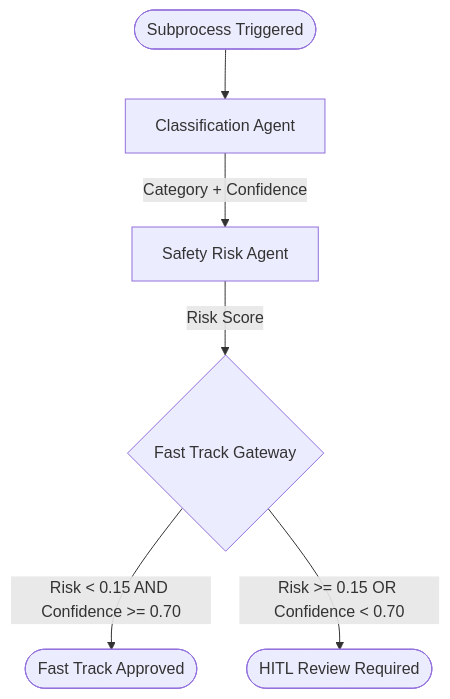
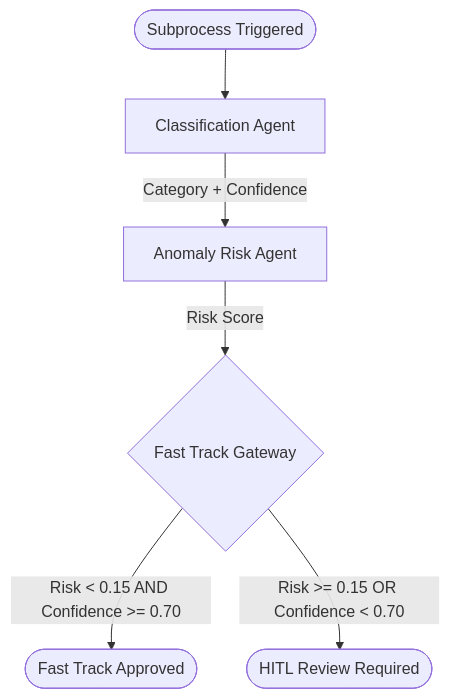
Before and after one commit to ForenlyAI/uipath-maestro-ecm: the diagram in artifacts/container2/README.md, drawn with Mermaid. The commit also changed other lines of this file and 52 other files, not shown here.

````diff
--- a/artifacts/container2/README.md
+++ b/artifacts/container2/README.md
@@ -21,9 +22,9 @@
 ```mermaid
 graph TD
     Start([Subprocess Triggered]) --> Classify[Classification Agent]
-    Classify -->|Category + Confidence| Risk[Safety Risk Agent]
+    Classify -->|Category + Confidence| Risk[Anomaly Risk Agent]
     Risk -->|Risk Score| Gateway{Fast Track Gateway}
     
     Gateway -->|Risk < 0.15 AND Confidence >= 0.70| Auto([Fast Track Approved])
     Gateway -->|Risk >= 0.15 OR Confidence < 0.70| HITL([HITL Review Required])
 ```
````
